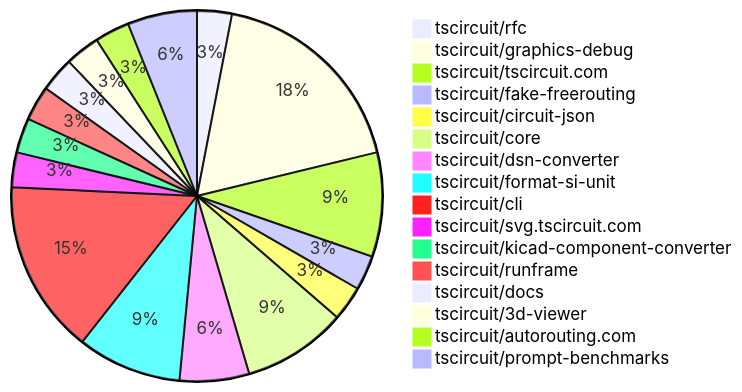
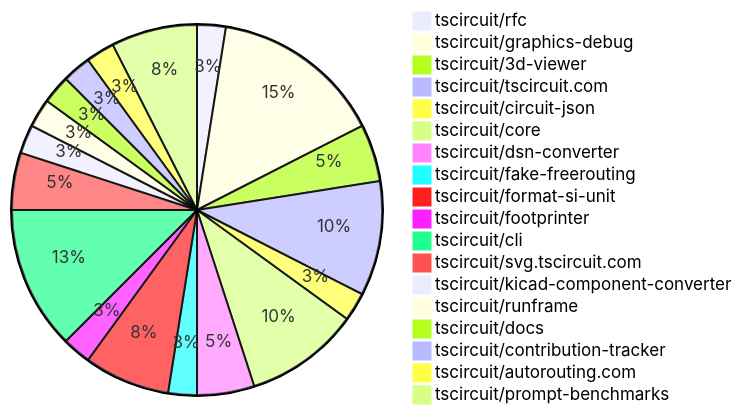
The diagram in README.md (tscircuit/contribution-tracker), drawn with Mermaid before and after one commit. The commit also changed other lines of this file and 2 other files, not shown here.

Commit message:
Update contribution overviews

````diff
--- a/README.md
+++ b/README.md
@@ -24,19 +24,21 @@
 ```mermaid
 pie
     "tscircuit/rfc" : 1
     "tscircuit/graphics-debug" : 6
-    "tscircuit/tscircuit.com" : 3
+    "tscircuit/3d-viewer" : 2
+    "tscircuit/tscircuit.com" : 4
+    "tscircuit/circuit-json" : 1
+    "tscircuit/core" : 4
+    "tscircuit/dsn-converter" : 2
     "tscircuit/fake-freerouting" : 1
-    "tscircuit/circuit-json" : 1
-    "tscircuit/core" : 3
-    "tscircuit/dsn-converter" : 2
     "tscircuit/format-si-unit" : 3
+    "tscircuit/footprinter" : 1
     "tscircuit/cli" : 5
-    "tscircuit/svg.tscircuit.com" : 1
+    "tscircuit/svg.tscircuit.com" : 2
     "tscircuit/kicad-component-converter" : 1
     "tscircuit/runframe" : 1
     "tscircuit/docs" : 1
-    "tscircuit/3d-viewer" : 1
+    "tscircuit/contribution-tracker" : 1
     "tscircuit/autorouting.com" : 1
-    "tscircuit/prompt-benchmarks" : 2
+    "tscircuit/prompt-benchmarks" : 3
 ```
````
